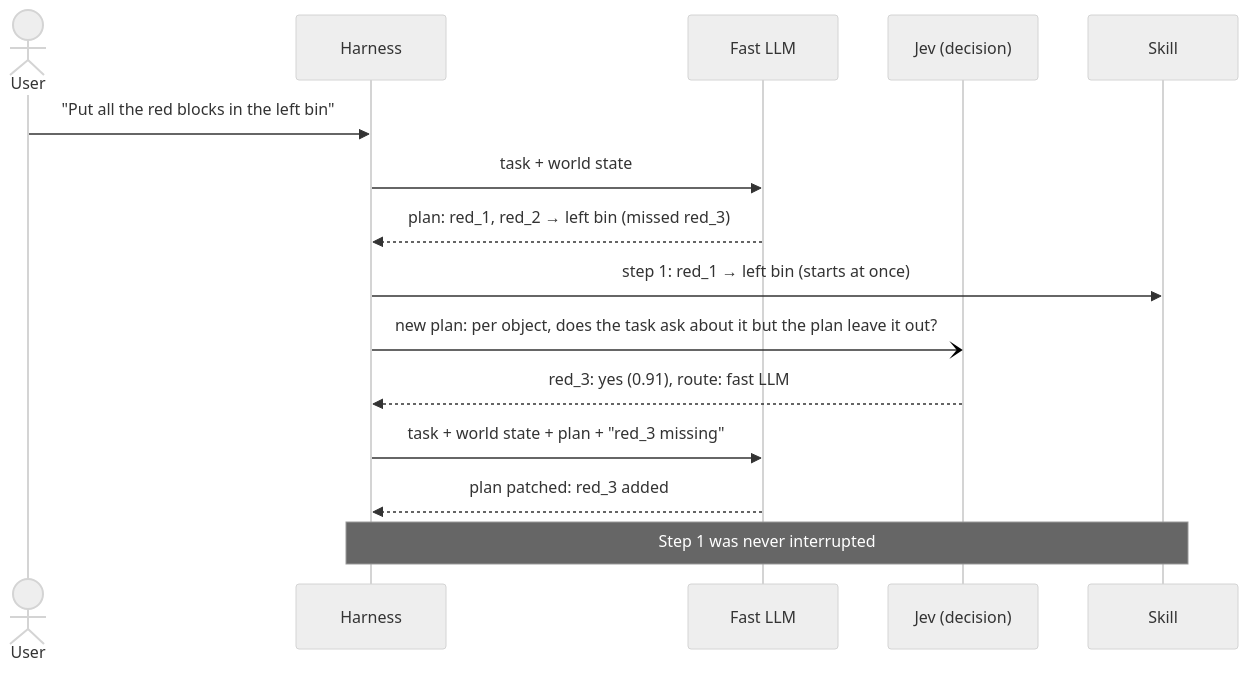
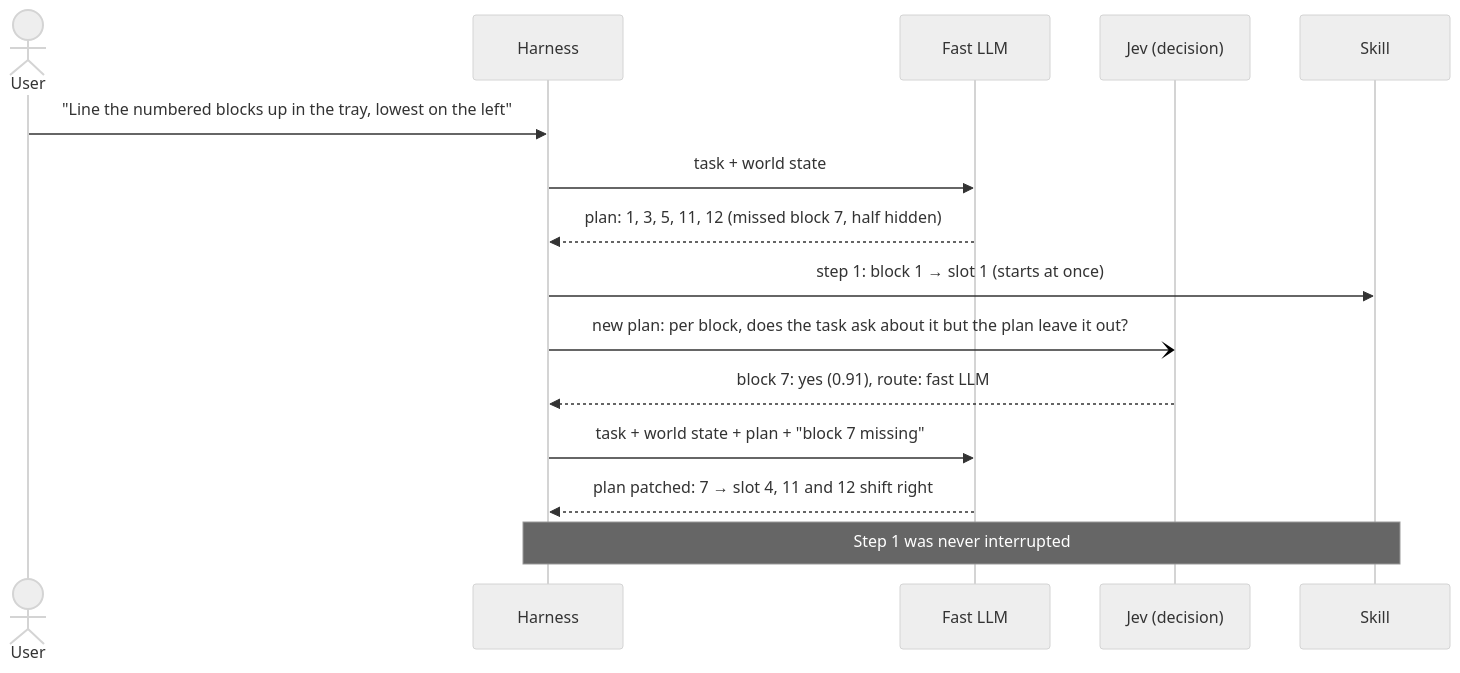
One commit to alee792/robojev changed the sixth of 7 diagrams in docs/v2-diagrams.md. Above: the diagram before and after it, drawn with Mermaid (neutral theme). The commit also changed other lines of this file and 2 other files, not shown here.

First line of the commit message:
v2: standalone rewrite (principles state the system, sorting example, Jev decides carry on or hold during a replan, terms at the bottom, deferred and open questions updated); spike results move to docs/spike-outcomes.md; diagrams follow the sorting example

````diff
--- a/docs/v2-diagrams.md
+++ b/docs/v2-diagrams.md
@@ -176,18 +176,18 @@
 ```mermaid
 sequenceDiagram
     actor U as User
     participant H as Harness
     participant L as Fast LLM
     participant J as Jev (decision)
     participant K as Skill
 
-    U->>H: "Put all the red blocks in the left bin"
+    U->>H: "Line the numbered blocks up in the tray, lowest on the left"
     H->>L: task + world state
-    L-->>H: plan: red_1, red_2 → left bin (missed red_3)
-    H->>K: step 1: red_1 → left bin (starts at once)
-    H-)J: new plan: per object, does the task ask about it but the plan leave it out?
-    J-->>H: red_3: yes (0.91), route: fast LLM
-    H->>L: task + world state + plan + "red_3 missing"
-    L-->>H: plan patched: red_3 added
+    L-->>H: plan: 1, 3, 5, 11, 12 (missed block 7, half hidden)
+    H->>K: step 1: block 1 → slot 1 (starts at once)
+    H-)J: new plan: per block, does the task ask about it but the plan leave it out?
+    J-->>H: block 7: yes (0.91), route: fast LLM
+    H->>L: task + world state + plan + "block 7 missing"
+    L-->>H: plan patched: 7 → slot 4, 11 and 12 shift right
     Note over H,K: Step 1 was never interrupted
 ```
````
